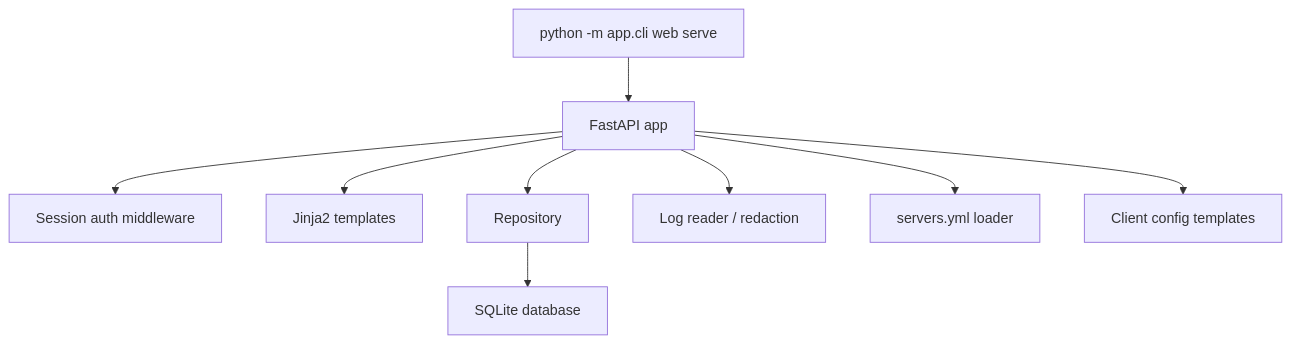
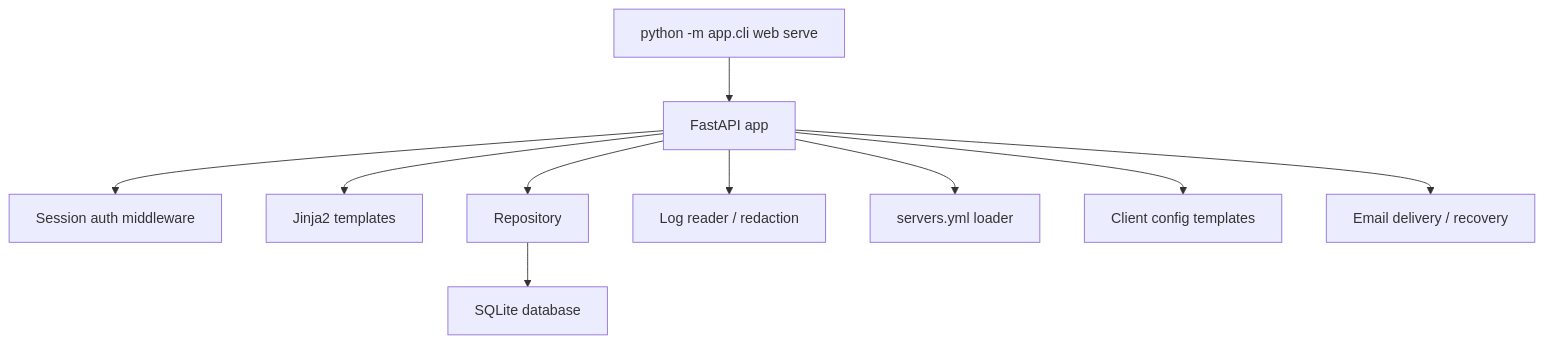
Before and after one commit to barakov-dot/amn3: the diagram in docs/superpowers/specs/2026-05-29-web-admin-panel-design.en.md, drawn with Mermaid. The commit also changed other lines of this file and 13 other files, not shown here.

````diff
--- a/docs/superpowers/specs/2026-05-29-web-admin-panel-design.en.md
+++ b/docs/superpowers/specs/2026-05-29-web-admin-panel-design.en.md
@@ -48,11 +60,12 @@
 ```mermaid
 flowchart TD
     CLI["python -m app.cli web serve"] --> WebApp["FastAPI app"]
     WebApp --> Auth["Session auth middleware"]
     WebApp --> Templates["Jinja2 templates"]
     WebApp --> Repo["Repository"]
     Repo --> DB["SQLite database"]
     WebApp --> Logs["Log reader / redaction"]
     WebApp --> ServerConfig["servers.yml loader"]
     WebApp --> ConfigTemplates["Client config templates"]
+    WebApp --> Email["Email delivery / recovery"]
 ```
````
